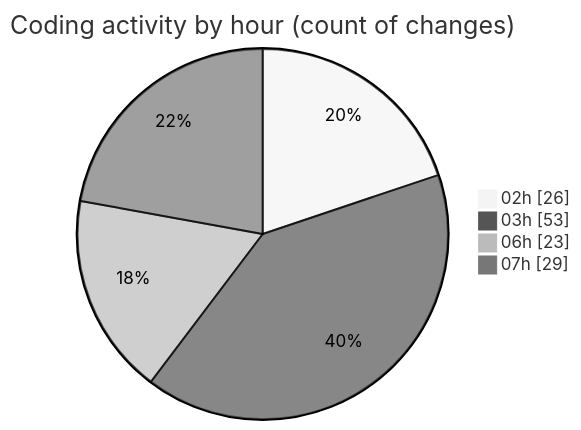
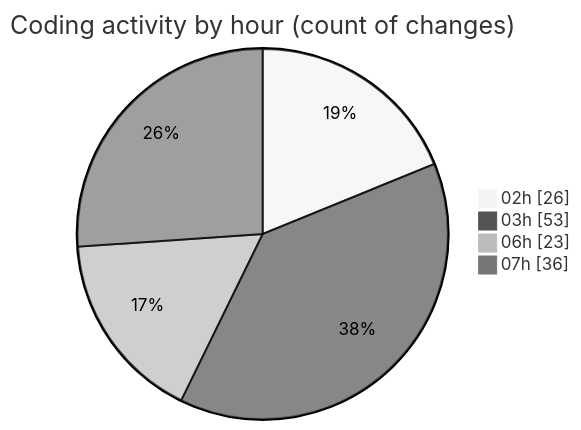
One commit to charlie-sans/code-tracking changed the second of 2 diagrams in 2025-02-22/micros/README.md. Above: the diagram before and after it, drawn with Mermaid (neutral theme). The commit also changed other lines of this file and 1 other file, not shown here.

````diff
--- a/2025-02-22/micros/README.md
+++ b/2025-02-22/micros/README.md
@@ -70,8 +71,8 @@
 ```mermaid
 pie showData
 title Coding activity by hour (count of changes)
 "02h" : 26
 "03h" : 53
 "06h" : 23
-"07h" : 29
+"07h" : 36
 ```
````
